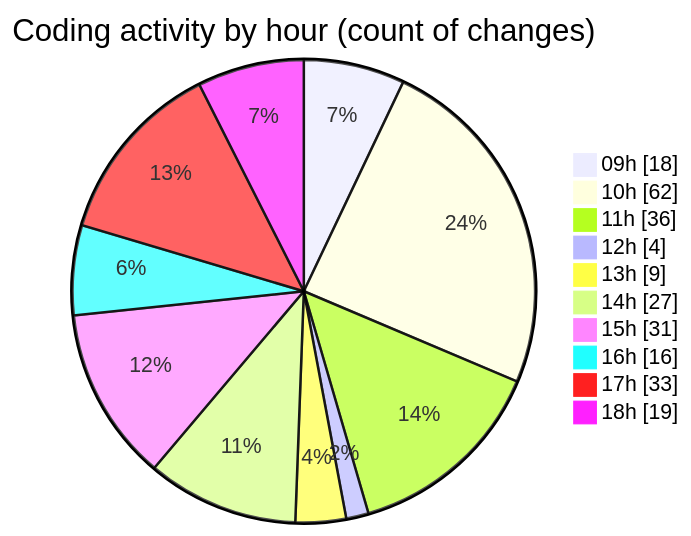
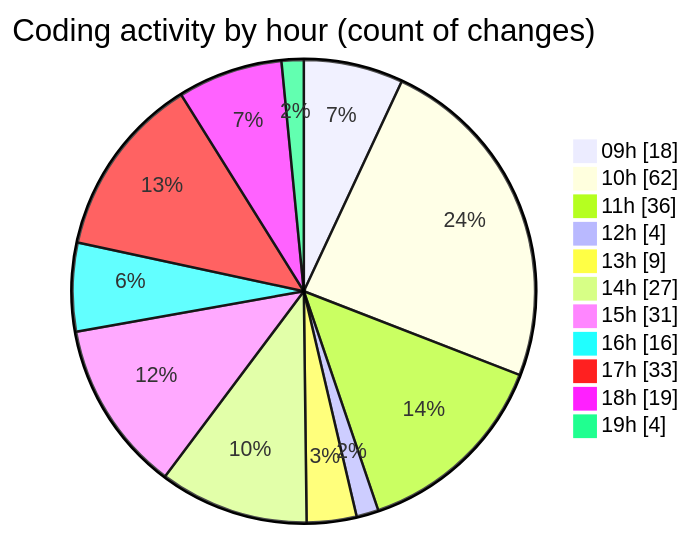
One commit to momahboobian/code-tracking changed the second of 2 diagrams in 2025-07-01/cda/README.md. Above: the diagram before and after it, drawn with Mermaid. The commit also changed other lines of this file and 1 other file, not shown here.

````diff
--- a/2025-07-01/cda/README.md
+++ b/2025-07-01/cda/README.md
@@ -55,14 +55,15 @@
 ```mermaid
 pie showData
 title Coding activity by hour (count of changes)
 "09h" : 18
 "10h" : 62
 "11h" : 36
 "12h" : 4
 "13h" : 9
 "14h" : 27
 "15h" : 31
 "16h" : 16
 "17h" : 33
 "18h" : 19
+"19h" : 4
 ```
````
